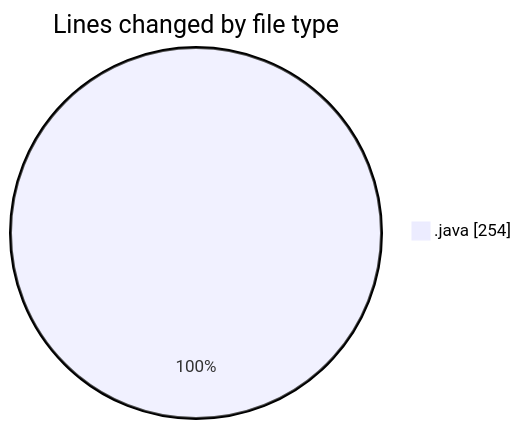
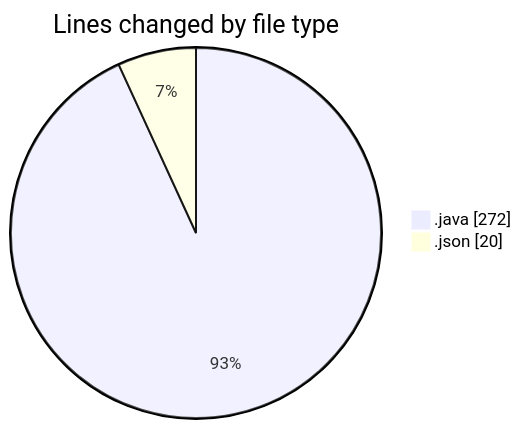
One commit to NitaiMahat/code-tracking changed the first of 2 diagrams in 2025-05-27/minisocialnetwork/README.md. Above: the diagram before and after it, drawn with Mermaid. The commit also changed other lines of this file and 1 other file, not shown here.

````diff
--- a/2025-05-27/minisocialnetwork/README.md
+++ b/2025-05-27/minisocialnetwork/README.md
@@ -29,5 +30,6 @@
 ```mermaid
 pie showData
 title Lines changed by file type
-".java" : 254
+".java" : 272
+".json" : 20
 ```
````
